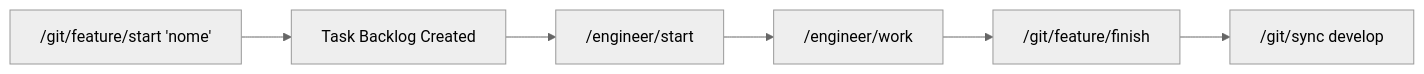
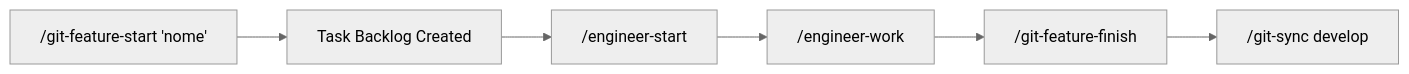
One commit to marciocar/onion-cursor changed the first of 5 diagrams in .cursor/skills/git-readme/SKILL.md. Above: the diagram before and after it, drawn with Mermaid (neutral theme). The commit also changed other lines of this file and 239 other files, not shown here.

````diff
--- a/.cursor/skills/git-readme/SKILL.md
+++ b/.cursor/skills/git-readme/SKILL.md
@@ -171,8 +171,8 @@
 ```mermaid
 flowchart LR
-    A["/git/feature/start 'nome'"] --> B["Task Backlog Created"]
-    B --> C["/engineer/start"]
-    C --> D["/engineer/work"]
-    D --> E["/git/feature/finish"]
-    E --> F["/git/sync develop"]
+    A["/git-feature-start 'nome'"] --> B["Task Backlog Created"]
+    B --> C["/engineer-start"]
+    C --> D["/engineer-work"]
+    D --> E["/git-feature-finish"]
+    E --> F["/git-sync develop"]
 ```
````
